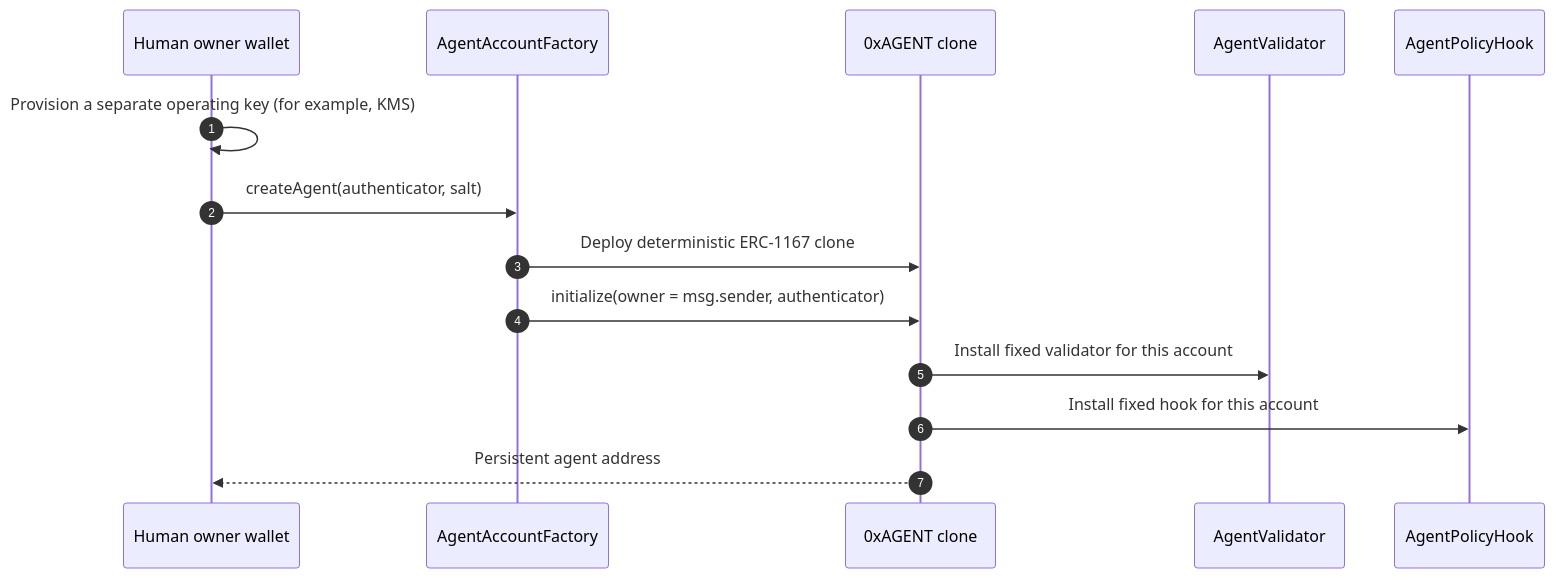
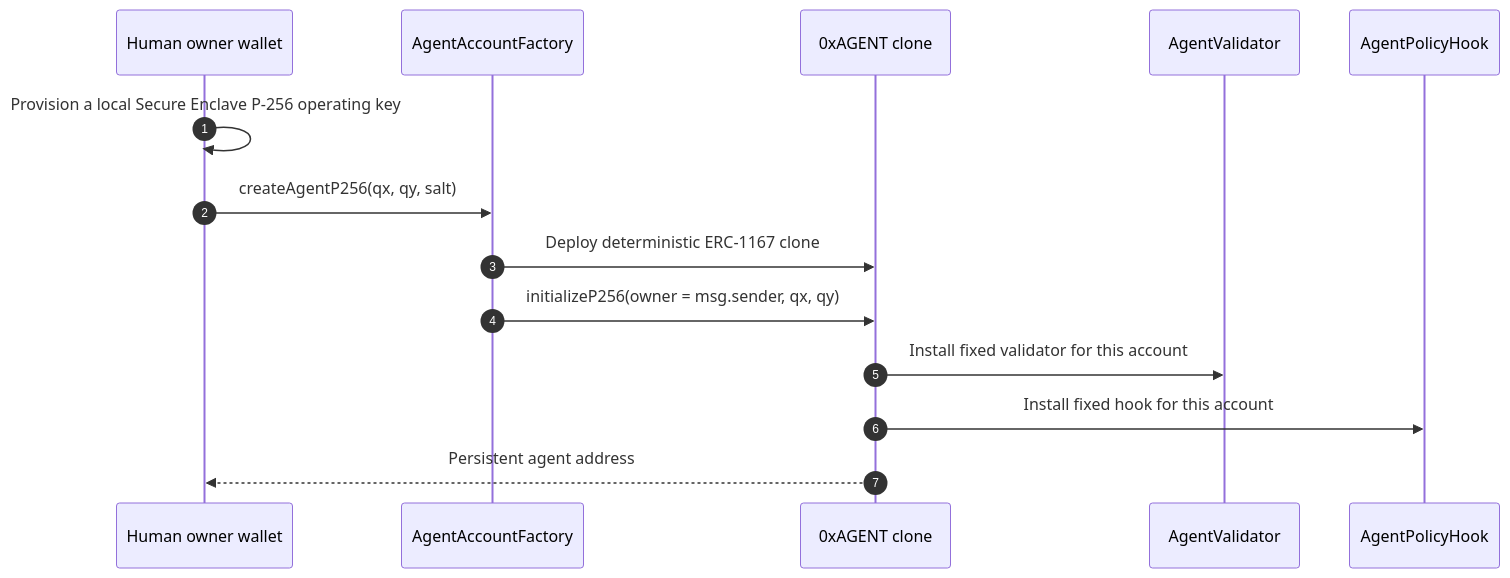
One commit to ryuux05/eth-tokyo-2026 changed the first of 2 diagrams in docs/PROTOCOL.md. Above: the diagram before and after it, drawn with Mermaid. The commit also changed other lines of this file and 9 other files, not shown here.

Commit message:
docs: describe local MCP and P-256 operating model

````diff
--- a/docs/PROTOCOL.md
+++ b/docs/PROTOCOL.md
@@ -16,16 +16,16 @@
 ```mermaid
 sequenceDiagram
     autonumber
     participant H as Human owner wallet
     participant F as AgentAccountFactory
     participant A as 0xAGENT clone
     participant V as AgentValidator
     participant P as AgentPolicyHook
-    H->>H: Provision a separate operating key (for example, KMS)
-    H->>F: createAgent(authenticator, salt)
+    H->>H: Provision a local Secure Enclave P-256 operating key
+    H->>F: createAgentP256(qx, qy, salt)
     F->>A: Deploy deterministic ERC-1167 clone
-    F->>A: initialize(owner = msg.sender, authenticator)
+    F->>A: initializeP256(owner = msg.sender, qx, qy)
     A->>V: Install fixed validator for this account
     A->>P: Install fixed hook for this account
     A-->>H: Persistent agent address
 ```
````
